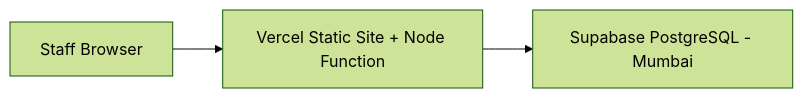
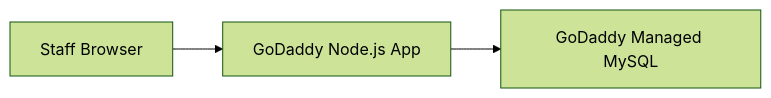
One commit to SooryasWeb/parlour changed the diagram in SooryasWeb/docs/deployment.md. Above: the diagram before and after it, drawn with Mermaid (forest theme). The commit also changed other lines of this file and 40 other files, not shown here.

Commit message:
Prepare SooryasWeb for GoDaddy Node hosting

````diff
--- a/SooryasWeb/docs/deployment.md
+++ b/SooryasWeb/docs/deployment.md
@@ -30,5 +9,5 @@
 ```mermaid
 flowchart LR
-  Browser["Staff Browser"] --> Vercel["Vercel Static Site + Node Function"]
-  Vercel --> Supabase["Supabase PostgreSQL - Mumbai"]
+  Browser["Staff Browser"] --> GoDaddy["GoDaddy Node.js App"]
+  GoDaddy --> MySQL["GoDaddy Managed MySQL"]
 ```
````
